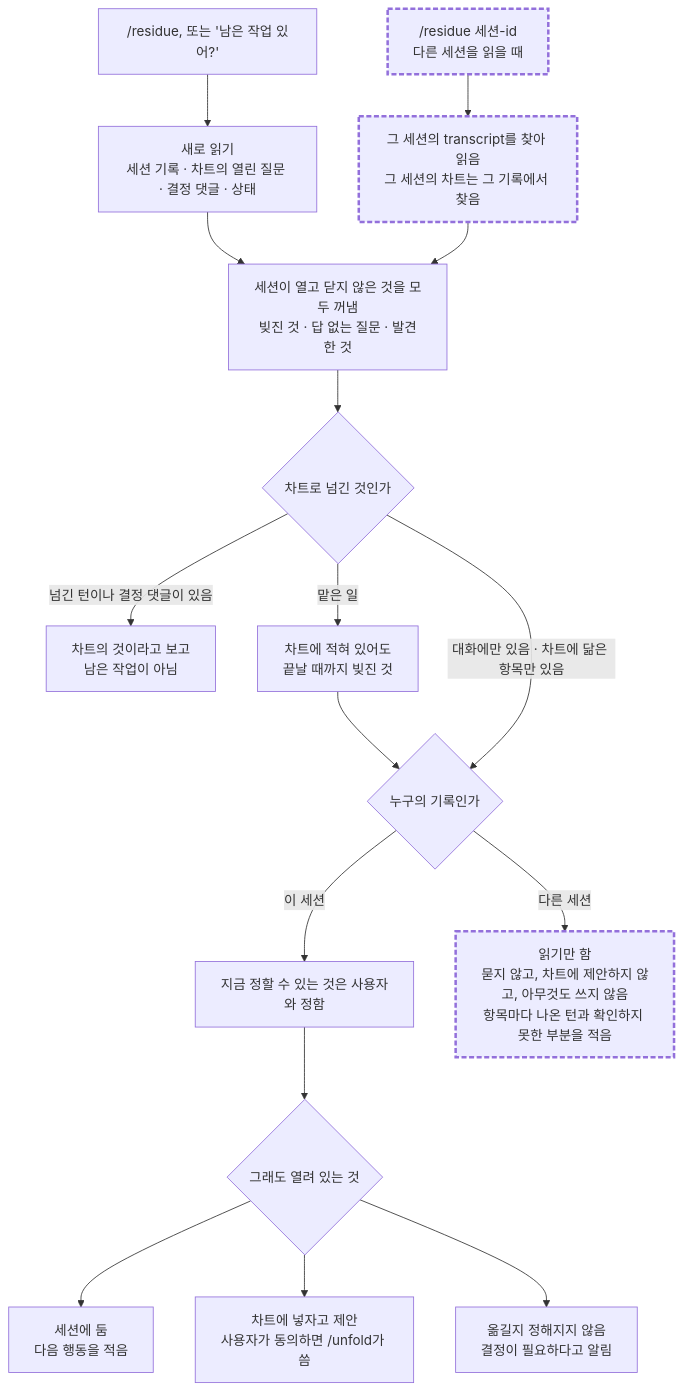
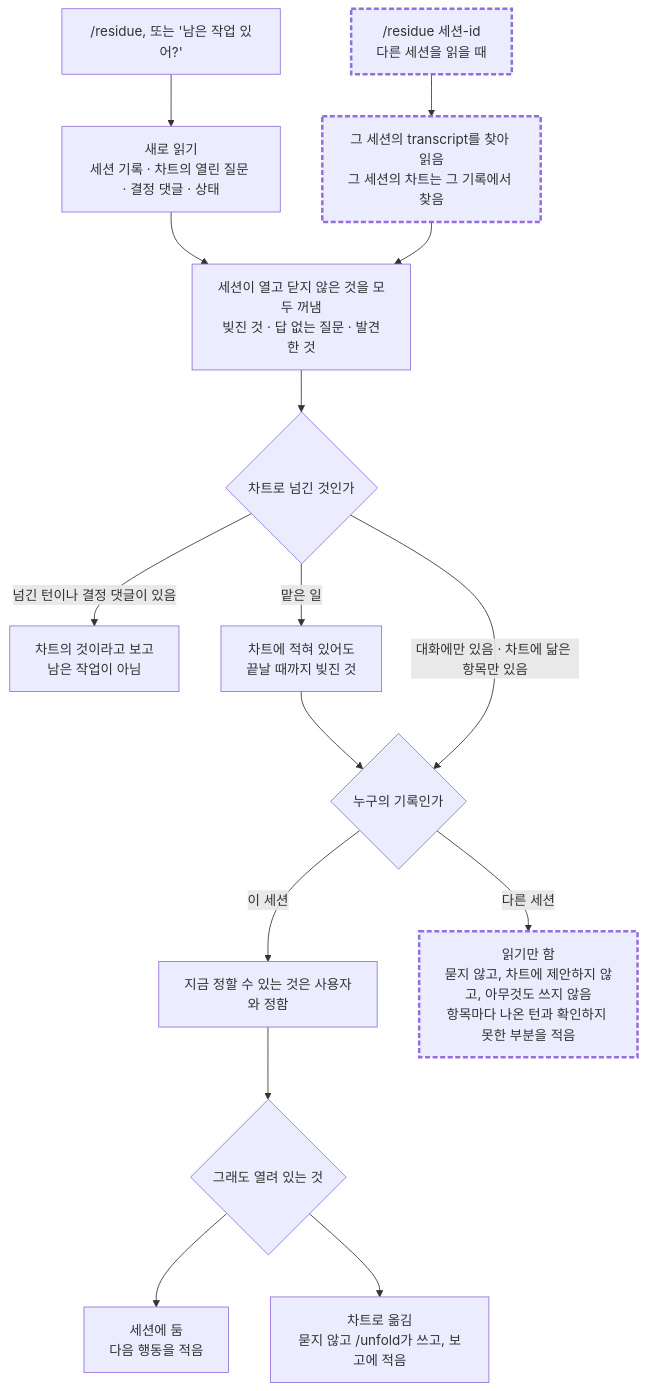
The diagram in residue/README.md (jongwony/cc-plugin), drawn with Mermaid before and after one commit. The commit also changed other lines of this file and 4 other files, not shown here.

````diff
--- a/residue/README.md
+++ b/residue/README.md
@@ -9,19 +9,18 @@
 ```mermaid
 flowchart TD
   A["/residue, 또는 '남은 작업 있어?'"] --> B["새로 읽기<br/>세션 기록 · 차트의 열린 질문 · 결정 댓글 · 상태"]
   T["/residue 세션-id<br/>다른 세션을 읽을 때"]:::target --> U["그 세션의 transcript를 찾아 읽음<br/>그 세션의 차트는 그 기록에서 찾음"]:::target
   B --> C["세션이 열고 닫지 않은 것을 모두 꺼냄<br/>빚진 것 · 답 없는 질문 · 발견한 것"]
   U --> C
   C --> D{"차트로 넘긴 것인가"}
   D -- "넘긴 턴이나 결정 댓글이 있음" --> E["차트의 것이라고 보고<br/>남은 작업이 아님"]
   D -- "맡은 일" --> K["차트에 적혀 있어도<br/>끝날 때까지 빚진 것"]
   K --> X
   D -- "대화에만 있음 · 차트에 닮은 항목만 있음" --> X{"누구의 기록인가"}
   X -- "이 세션" --> F["지금 정할 수 있는 것은 사용자와 정함"]
   X -- "다른 세션" --> V["읽기만 함<br/>묻지 않고, 차트에 제안하지 않고, 아무것도 쓰지 않음<br/>항목마다 나온 턴과 확인하지 못한 부분을 적음"]:::target
   F --> G{"그래도 열려 있는 것"}
   G --> H["세션에 둠<br/>다음 행동을 적음"]
-  G --> I["차트에 넣자고 제안<br/>사용자가 동의하면 /unfold가 씀"]
-  G --> J["옮길지 정해지지 않음<br/>결정이 필요하다고 알림"]
+  G --> I["차트로 옮김<br/>묻지 않고 /unfold가 쓰고, 보고에 적음"]
   classDef target stroke-width:3px,stroke-dasharray:6 3
 ```
````
